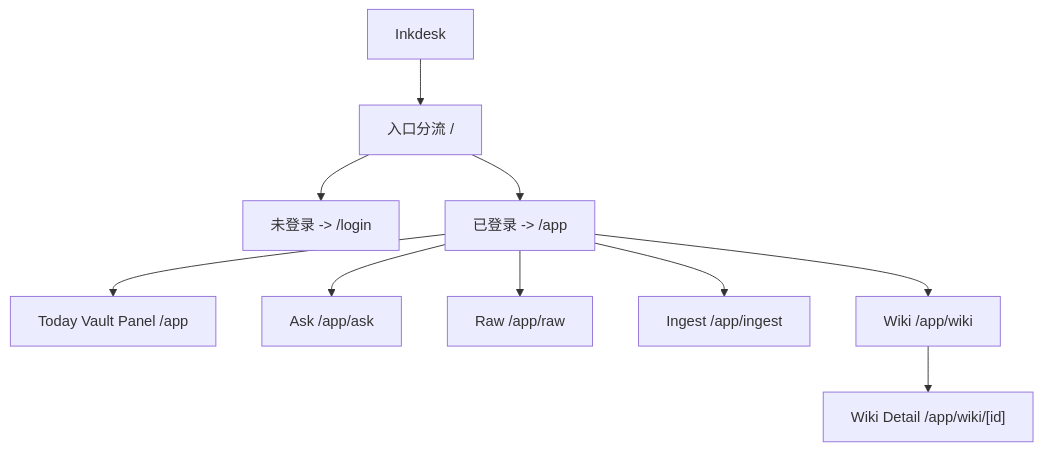
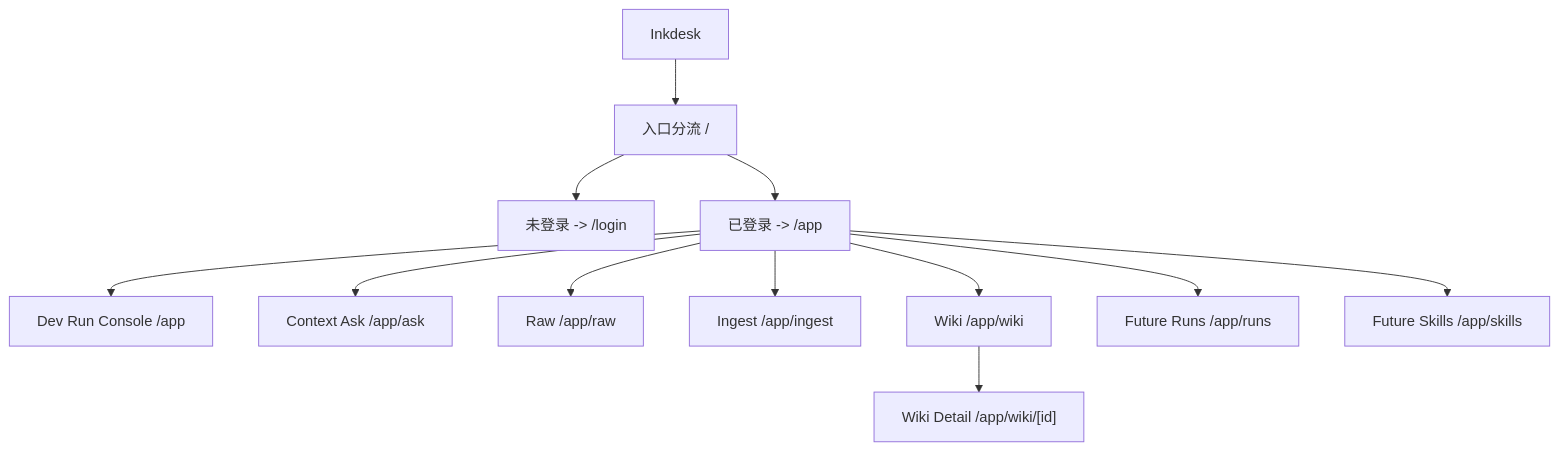
One commit to rrhww/inkdesk changed the first of 2 diagrams in docs/design/信息架构.md. Above: the diagram before and after it, drawn with Mermaid. The commit also changed other lines of this file and 26 other files, not shown here.

````diff
--- a/docs/design/信息架构.md
+++ b/docs/design/信息架构.md
@@ -11,12 +11,14 @@
 ```mermaid
 graph TD
     A["Inkdesk"] --> B["入口分流 /"]
     B --> C["未登录 -> /login"]
     B --> D["已登录 -> /app"]
-    D --> D1["Today Vault Panel /app"]
-    D --> D2["Ask /app/ask"]
+    D --> D1["Dev Run Console /app"]
+    D --> D2["Context Ask /app/ask"]
     D --> D3["Raw /app/raw"]
     D --> D4["Ingest /app/ingest"]
     D --> D5["Wiki /app/wiki"]
     D5 --> D6["Wiki Detail /app/wiki/[id]"]
+    D --> D7["Future Runs /app/runs"]
+    D --> D8["Future Skills /app/skills"]
 ```
````
